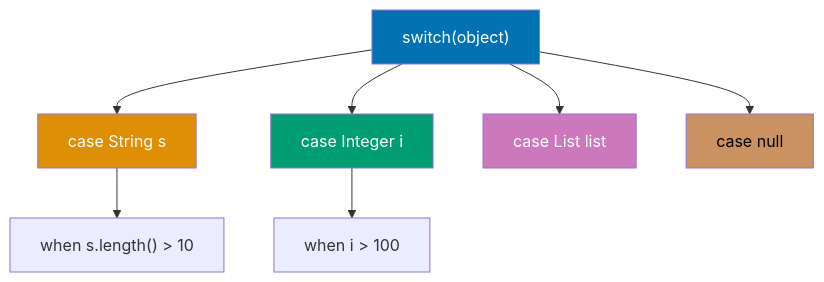
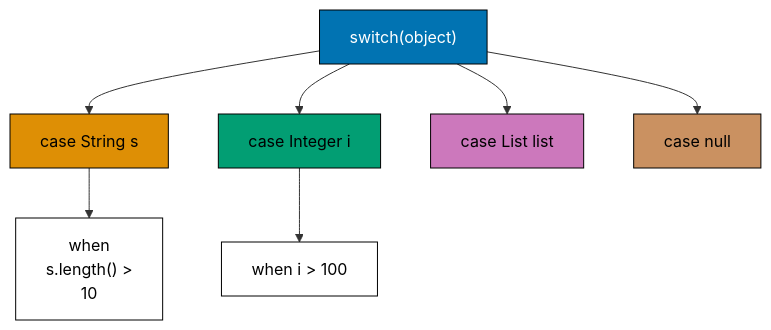
Before and after one commit to wahidyankf/ose-public: diagram 11 of 11 in apps/ayokoding-www/content/en/learn/legacy/software-engineering/programming-languages/java/by-example/intermediate.md, drawn with Mermaid. The commit also changed other lines of this file and 112 other files, not shown here.

First line of the commit message:
fix(mermaid): bring the legacy programming-languages diagrams onto the accessible palette

````diff
--- a/apps/ayokoding-www/content/en/learn/legacy/software-engineering/programming-languages/java/by-example/intermediate.md
+++ b/apps/ayokoding-www/content/en/learn/legacy/software-engineering/programming-languages/java/by-example/intermediate.md
@@ -2782,16 +2856,24 @@
 ```mermaid
 graph TD
+    accTitle: Example 55: Pattern Matching for Switch
+    accDescr: Graph with 7 nodes and 6 connections. Nodes: switch40object41, case String s, case Integer i, case List list, case null, when s.length4041 > 10, when i > 100. Connections: switch40object41 to case String s, switch40object41 to case Integer i, switch40object41 to case List list, switch40object41 to case null, case String s to when s.length4041 > 10, case Integer i to when i > 100.
     Switch["switch#40;object#41;"] --> Type1["case String s"]
     Switch --> Type2["case Integer i"]
     Switch --> Type3["case List list"]
     Switch --> Null["case null"]
 
-    Type1 --> Guard1["when s.length#40;#41; > 10"]
+    Type1 --> Guard1["when<br/>s.length#40;#41; ><br/>10"]
     Type2 --> Guard2["when i > 100"]
 
-    style Switch fill:#0173B2,color:#fff
-    style Type1 fill:#DE8F05,color:#fff
-    style Type2 fill:#029E73,color:#fff
-    style Type3 fill:#CC78BC,color:#fff
-    style Null fill:#CA9161,color:#000
+    classDef pal-0173B2 fill:#0173B2,stroke:#000000,color:#FFFFFF
+    class Switch pal-0173B2
+    classDef pal-DE8F05 fill:#DE8F05,stroke:#000000,color:#000000
+    class Type1 pal-DE8F05
+    classDef pal-029E73 fill:#029E73,stroke:#000000,color:#000000
+    class Type2 pal-029E73
+    classDef pal-CC78BC fill:#CC78BC,stroke:#000000,color:#000000
+    class Type3 pal-CC78BC
+    classDef pal-CA9161 fill:#CA9161,stroke:#000000,color:#000000
+    class Null pal-CA9161
+    classDef default fill:#FFFFFF,stroke:#000000,color:#000000
 ```
````
